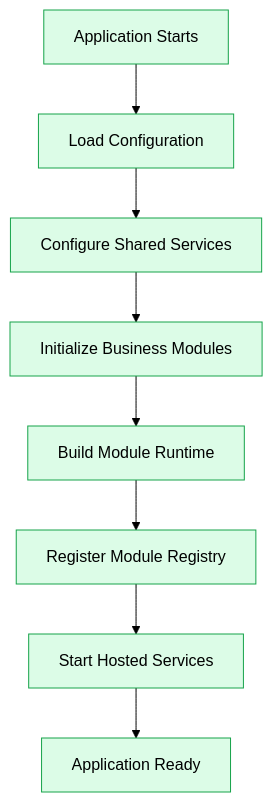
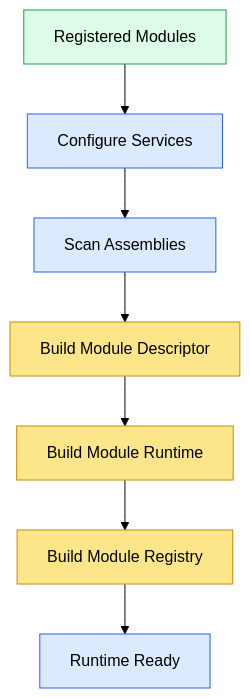
Before and after one commit to soufiane-rizk/Jobwize: the second of 3 diagrams in docs/architecture/09-runtime.md, drawn with Mermaid (forest theme). The commit also changed other lines of this file and 10 other files, not shown here.

Commit message:
docs(architecture): document the new runtime architecture

````diff
--- a/docs/architecture/09-runtime.md
+++ b/docs/architecture/09-runtime.md
@@ -176,31 +138,37 @@
 ```mermaid
 flowchart TD
 
-    Start["Application Starts"]
+    Modules["Registered Modules"]
 
-    Configuration["Load Configuration"]
+    Configure["Configure Services"]
 
-    Shared["Configure Shared Services"]
+    Scan["Scan Assemblies"]
 
-    Modules["Initialize Business Modules"]
+    Descriptor["Build Module Descriptor"]
 
     Runtime["Build Module Runtime"]
 
-    Registry["Register Module Registry"]
+    Registry["Build Module Registry"]
 
-    Hosted["Start Hosted Services"]
+    Ready["Runtime Ready"]
 
-    Ready["Application Ready"]
+    Modules --> Configure
 
-    Start --> Configuration
-    Configuration --> Shared
-    Shared --> Modules
-    Modules --> Runtime
+    Configure --> Scan
+
+    Scan --> Descriptor
+
+    Descriptor --> Runtime
+
     Runtime --> Registry
-    Registry --> Hosted
-    Hosted --> Ready
 
-    classDef application fill:#dcfce7,stroke:#16a34a,color:#000;
+    Registry --> Ready
 
-    class Start,Configuration,Shared,Modules,Runtime,Registry,Hosted,Ready application;
+    classDef module fill:#dcfce7,stroke:#16a34a,color:#000;
+    classDef runtime fill:#fde68a,stroke:#ca8a04,color:#000;
+    classDef infrastructure fill:#dbeafe,stroke:#2563eb,color:#000;
+
+    class Modules module;
+    class Descriptor,Runtime,Registry runtime;
+    class Configure,Scan,Ready infrastructure;
 ```
````
